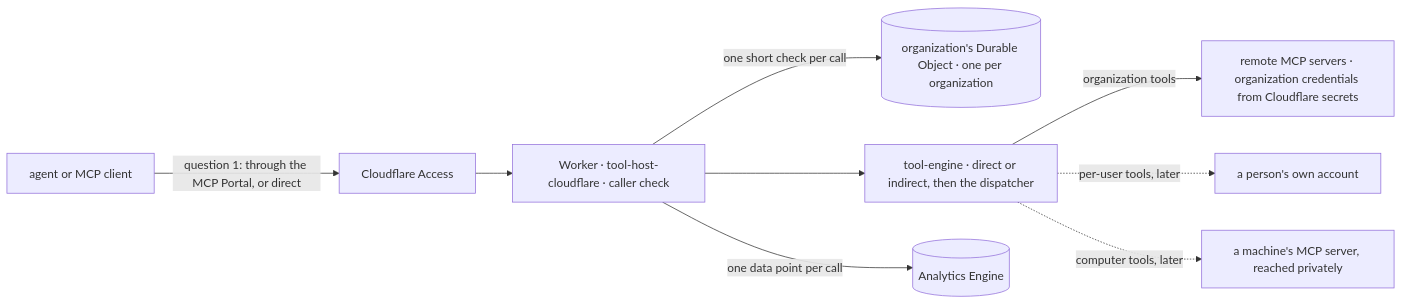
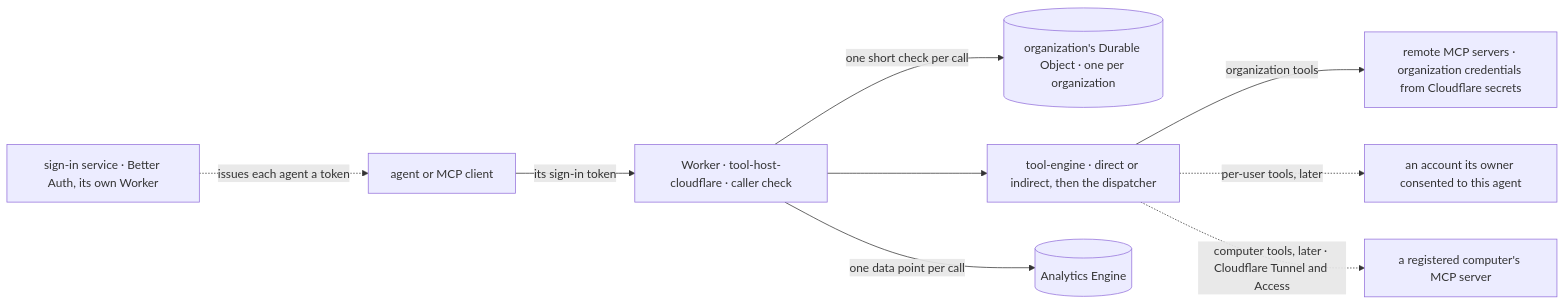
One commit to ShravanSunder/agent-vm changed the fourth of 4 diagrams in docs/specs/2026-10-14-portable-tool-portal-hosts/program-design.md. Above: the diagram before and after it, drawn with Mermaid. The commit also changed other lines of this file and 5 other files, not shown here.

First line of the commit message:
Agents sign in with Better Auth; Cloudflare only for computers; ?tools=direct

````diff
--- a/docs/specs/2026-10-14-portable-tool-portal-hosts/program-design.md
+++ b/docs/specs/2026-10-14-portable-tool-portal-hosts/program-design.md
@@ -193,11 +185,11 @@
 ```mermaid
 flowchart LR
-  A[agent or MCP client] -->|question 1: through the MCP Portal, or direct| G[Cloudflare Access]
-  G --> W[Worker · tool-host-cloudflare · caller check]
+  S[sign-in service · Better Auth, its own Worker] -.->|issues each agent a token| A[agent or MCP client]
+  A -->|its sign-in token| W[Worker · tool-host-cloudflare · caller check]
   W -->|one short check per call| O[(organization's Durable Object · one per organization)]
   W --> E[tool-engine · direct or indirect, then the dispatcher]
   E -->|organization tools| R[remote MCP servers · organization credentials from Cloudflare secrets]
-  E -.->|per-user tools, later| P[a person's own account]
-  E -.->|computer tools, later| C[a machine's MCP server, reached privately]
+  E -.->|per-user tools, later| P[an account its owner consented to this agent]
+  E -.->|computer tools, later · Cloudflare Tunnel and Access| C[a registered computer's MCP server]
   W -->|one data point per call| AE[(Analytics Engine)]
 ```
````
